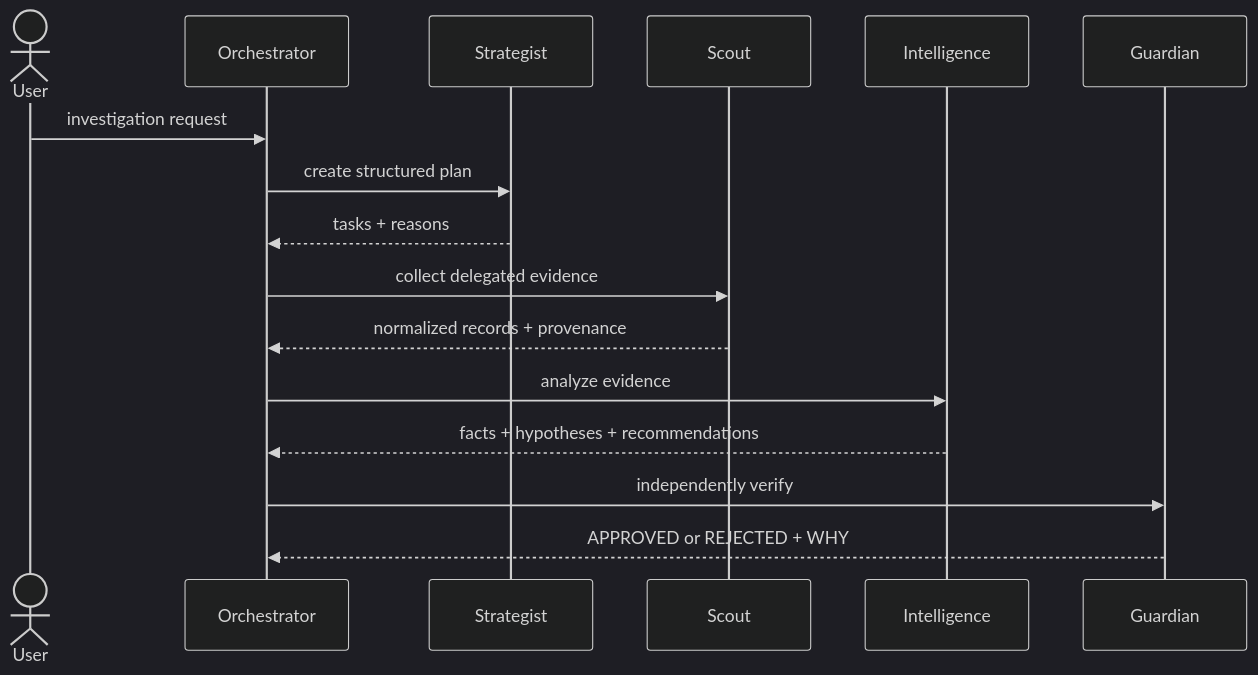
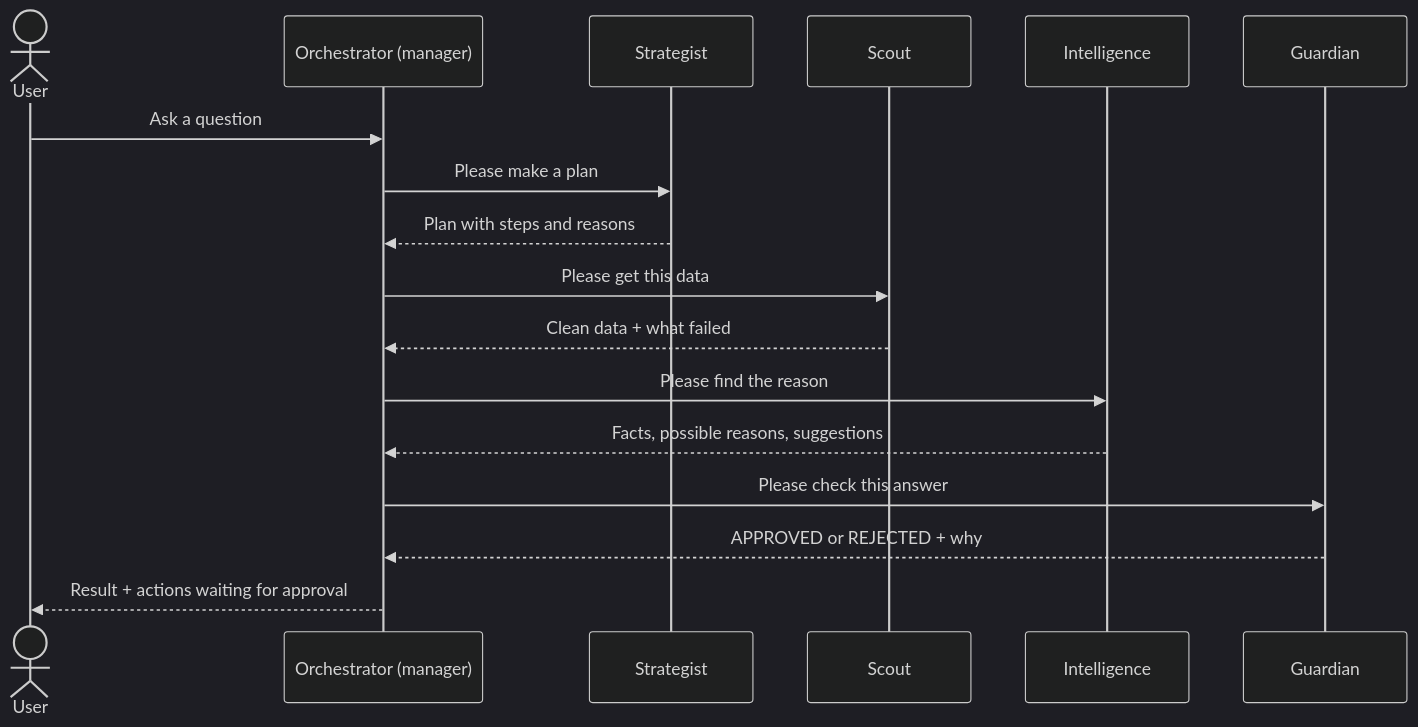
Before and after one commit to amangovindrao/velloe_ops_intelligence: the second of 12 diagrams in README.md, drawn with Mermaid (dark theme). The commit also changed other lines of this file and 2 other files, not shown here.

````diff
--- a/README.md
+++ b/README.md
@@ -31,18 +133,19 @@
 ```mermaid
 sequenceDiagram
     actor U as User
-    participant O as Orchestrator
+    participant O as Orchestrator (manager)
     participant S as Strategist
     participant SC as Scout
     participant I as Intelligence
     participant G as Guardian
-    U->>O: investigation request
-    O->>S: create structured plan
-    S-->>O: tasks + reasons
-    O->>SC: collect delegated evidence
-    SC-->>O: normalized records + provenance
-    O->>I: analyze evidence
-    I-->>O: facts + hypotheses + recommendations
-    O->>G: independently verify
-    G-->>O: APPROVED or REJECTED + WHY
+    U->>O: Ask a question
+    O->>S: Please make a plan
+    S-->>O: Plan with steps and reasons
+    O->>SC: Please get this data
+    SC-->>O: Clean data + what failed
+    O->>I: Please find the reason
+    I-->>O: Facts, possible reasons, suggestions
+    O->>G: Please check this answer
+    G-->>O: APPROVED or REJECTED + why
+    O-->>U: Result + actions waiting for approval
 ```
````
